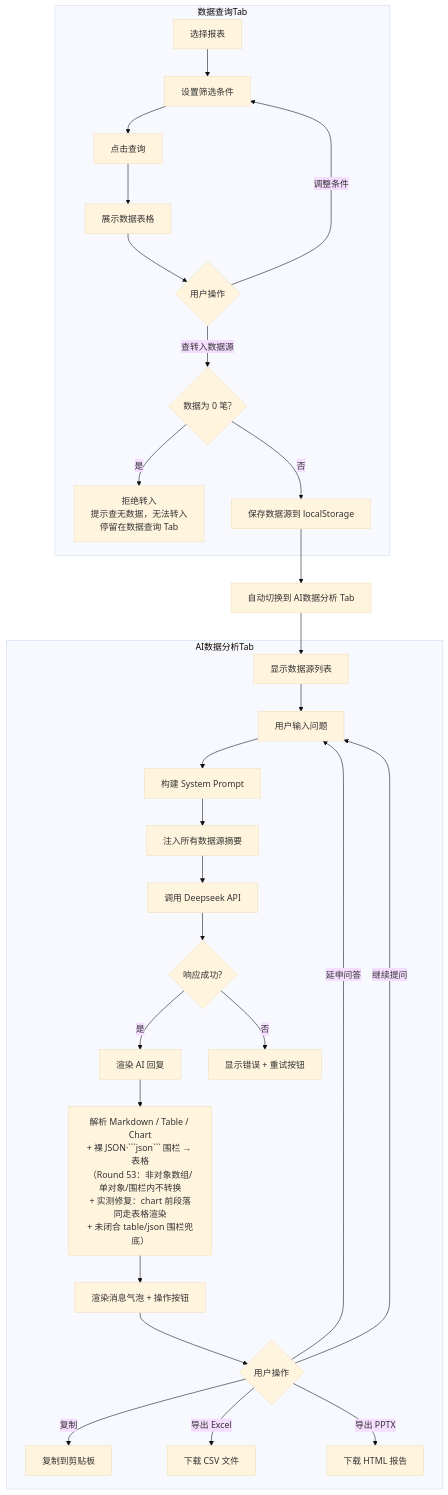
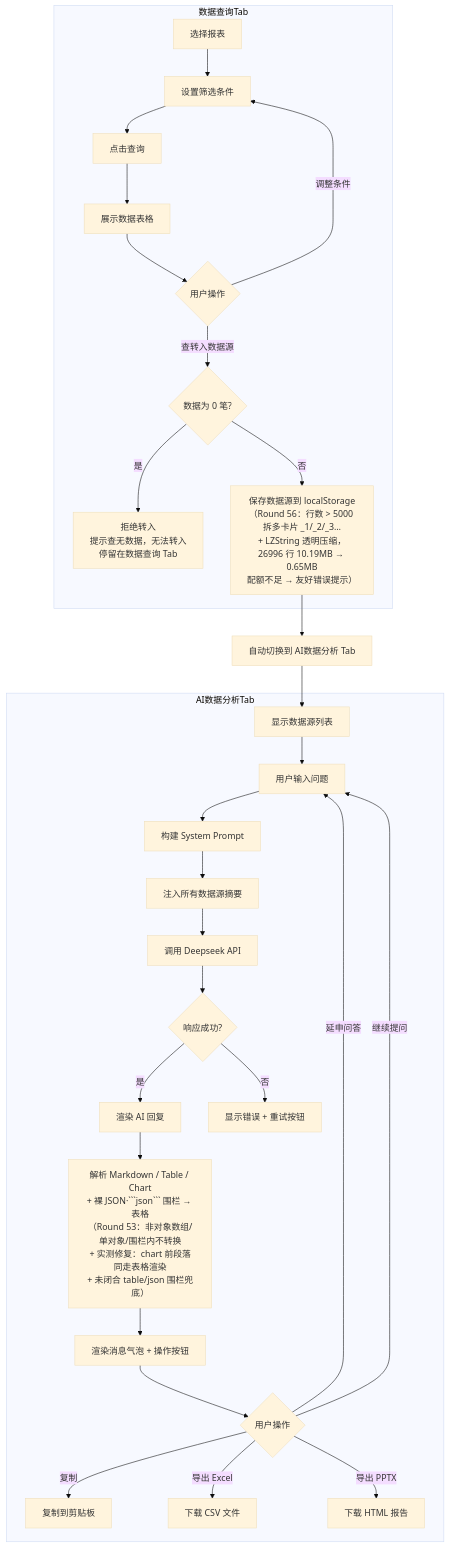
Before and after one commit to ksmingkimo/AsCoding: the sixth of 23 diagrams in 流程图.md, drawn with Mermaid (base theme). The commit also changed other lines of this file and 19 other files, not shown here.

````diff
--- a/流程图.md
+++ b/流程图.md
@@ -220,35 +225,35 @@
 ```mermaid
 flowchart TD
     subgraph 数据查询Tab
         A[选择报表] --> B[设置筛选条件]
         B --> C[点击查询]
         C --> D[展示数据表格]
         D --> E{用户操作}
         E -->|调整条件| B
         E -->|查转入数据源| F0{数据为 0 笔?}
         F0 -->|是| F9[拒绝转入<br/>提示查无数据，无法转入<br/>停留在数据查询 Tab]
-        F0 -->|否| F[保存数据源到 localStorage]
+        F0 -->|否| F["保存数据源到 localStorage<br/>（Round 56：行数 > 5000 拆多卡片 _1/_2/_3…<br/>+ LZString 透明压缩，26996 行 10.19MB → 0.65MB<br/>配额不足 → 友好错误提示）"]
     end
 
     F --> G[自动切换到 AI数据分析 Tab]
 
     subgraph AI数据分析Tab
         H[显示数据源列表] --> I[用户输入问题]
         I --> J[构建 System Prompt]
         J --> K[注入所有数据源摘要]
         K --> L[调用 Deepseek API]
         L --> M{响应成功?}
         M -->|是| N[渲染 AI 回复]
         M -->|否| O[显示错误 + 重试按钮]
         N --> P["解析 Markdown / Table / Chart<br/>+ 裸 JSON·```json``` 围栏 → 表格<br/>（Round 53：非对象数组/单对象/围栏内不转换<br/>+ 实测修复：chart 前段落同走表格渲染<br/>+ 未闭合 table/json 围栏兜底）"]
         P --> Q[渲染消息气泡 + 操作按钮]
         Q --> R{用户操作}
         R -->|复制| S[复制到剪贴板]
         R -->|延申问答| I
         R -->|导出 Excel| T[下载 CSV 文件]
         R -->|导出 PPTX| U[下载 HTML 报告]
         R -->|继续提问| I
     end
 
     G --> H
 ```
````
